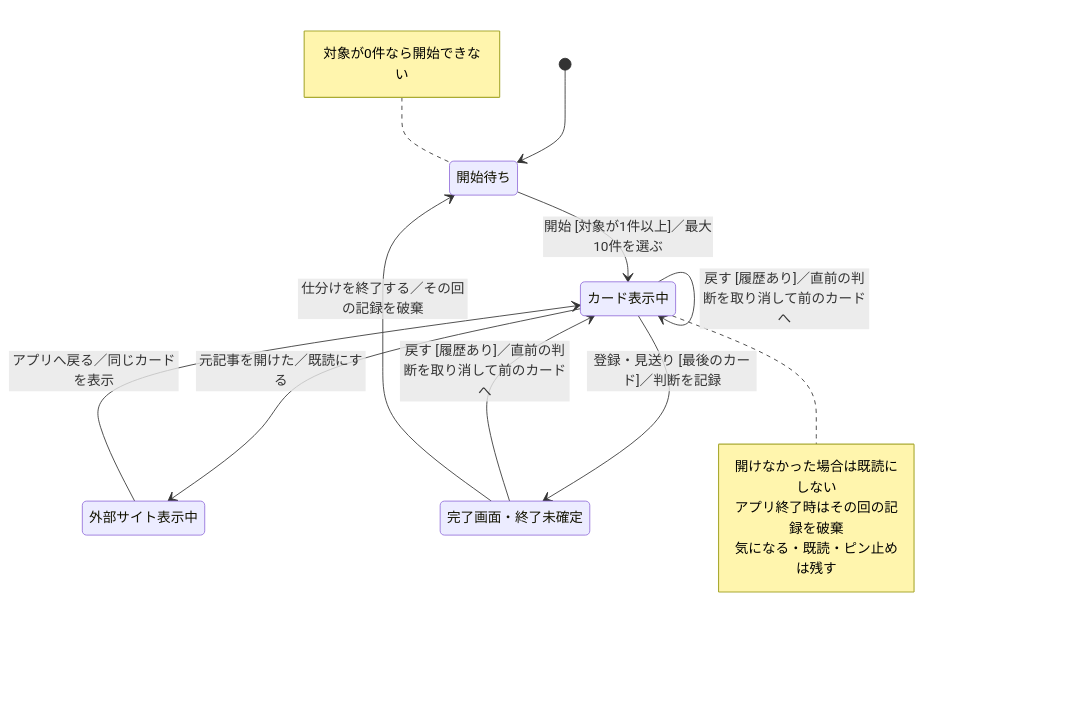
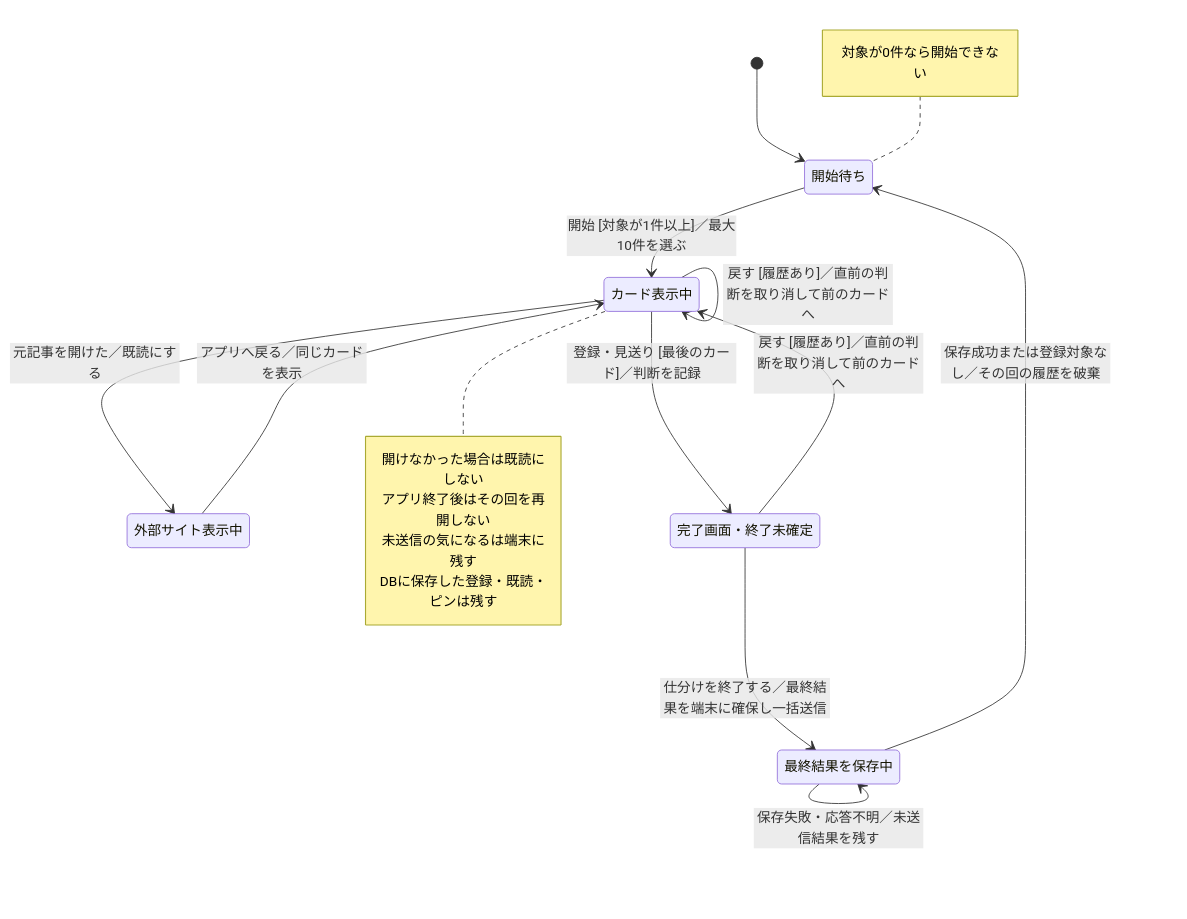
The second of 3 diagrams in docs/state-transitions.md (BeppuKanato/it-discovery), drawn with Mermaid before and after one commit. The commit also changed other lines of this file and 3 other files, not shown here.

````diff
--- a/docs/state-transitions.md
+++ b/docs/state-transitions.md
@@ -59,31 +61,35 @@
 ```mermaid
 stateDiagram-v2
     [*] --> Idle
     state "開始待ち" as Idle
     state "カード表示中" as Card
     state "外部サイト表示中" as External
     state "完了画面・終了未確定" as Complete
+    state "最終結果を保存中" as Saving
 
     Idle --> Card: 開始 [対象が1件以上]／最大10件を選ぶ
 
     Card --> Card: 登録・見送り [次のカードあり]／判断を記録して次へ
     Card --> Complete: 登録・見送り [最後のカード]／判断を記録
 
     Card --> Card: 戻す [履歴あり]／直前の判断を取り消して前のカードへ
     Complete --> Card: 戻す [履歴あり]／直前の判断を取り消して前のカードへ
 
     Card --> External: 元記事を開けた／既読にする
     External --> Card: アプリへ戻る／同じカードを表示
 
-    Complete --> Idle: 仕分けを終了する／その回の記録を破棄
+    Complete --> Saving: 仕分けを終了する／最終結果を端末に確保し一括送信
+    Saving --> Idle: 保存成功または登録対象なし／その回の履歴を破棄
+    Saving --> Saving: 保存失敗・応答不明／未送信結果を残す
 
     note left of Idle
         対象が0件なら開始できない
     end note
 
     note right of Card
         開けなかった場合は既読にしない
-        アプリ終了時はその回の記録を破棄
-        気になる・既読・ピン止めは残す
+        アプリ終了後はその回を再開しない
+        未送信の気になるは端末に残す
+        DBに保存した登録・既読・ピンは残す
     end note
 ```
````
